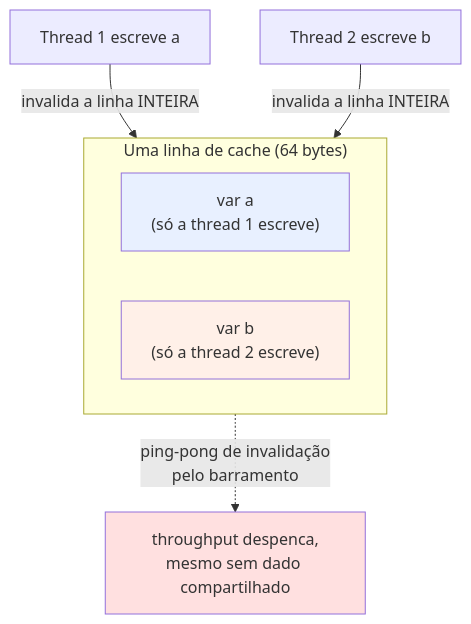
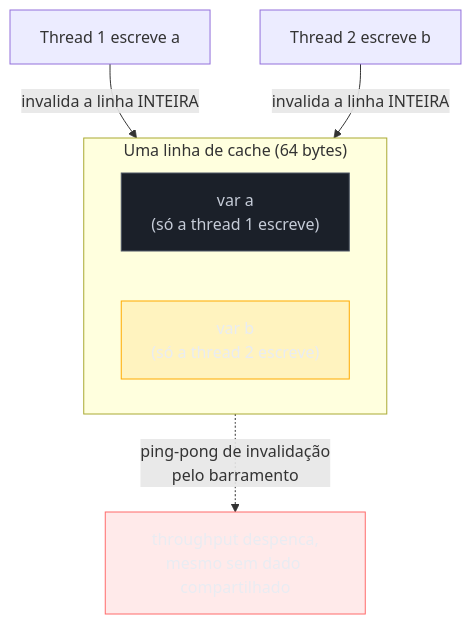
One commit to josenaldo/codex-technomanticus changed the seventh of 8 diagrams in 03-Dominios/Ciência/Concorrência e Paralelismo/04 - Atomicidade, visibilidade e ordenação.md. Above: the diagram before and after it, drawn with Mermaid. The commit also changed other lines of this file and 1181 other files, not shown here.

First line of the commit message:
fix(diagramas): paleta do sistema no lugar de cor cravada no markdown

````diff
--- a/03-Dominios/Ciência/Concorrência e Paralelismo/04 - Atomicidade, visibilidade e ordenação.md
+++ b/03-Dominios/Ciência/Concorrência e Paralelismo/04 - Atomicidade, visibilidade e ordenação.md
@@ -235,13 +248,16 @@
 ```mermaid
 flowchart TD
+    classDef neutro fill:#1B2029,stroke:#4E5666,color:#C6CCD8
+    classDef destaque fill:#FFAA0024,stroke:#FFAA00,color:#E9ECF2
+    classDef falha fill:#FF6B6B24,stroke:#FF6B6B,color:#E9ECF2
     subgraph linha["Uma linha de cache (64 bytes)"]
         VA["var a<br/>(só a thread 1 escreve)"]
         VB["var b<br/>(só a thread 2 escreve)"]
     end
     T1["Thread 1 escreve a"] -->|"invalida a linha INTEIRA"| linha
     T2["Thread 2 escreve b"] -->|"invalida a linha INTEIRA"| linha
     linha -.->|"ping-pong de invalidação<br/>pelo barramento"| custo["throughput despenca,<br/>mesmo sem dado compartilhado"]
-    style VA fill:#e8f0ff
-    style VB fill:#fff0e8
-    style custo fill:#ffe0e0
+    class VA neutro
+    class VB destaque
+    class custo falha
 ```
````
